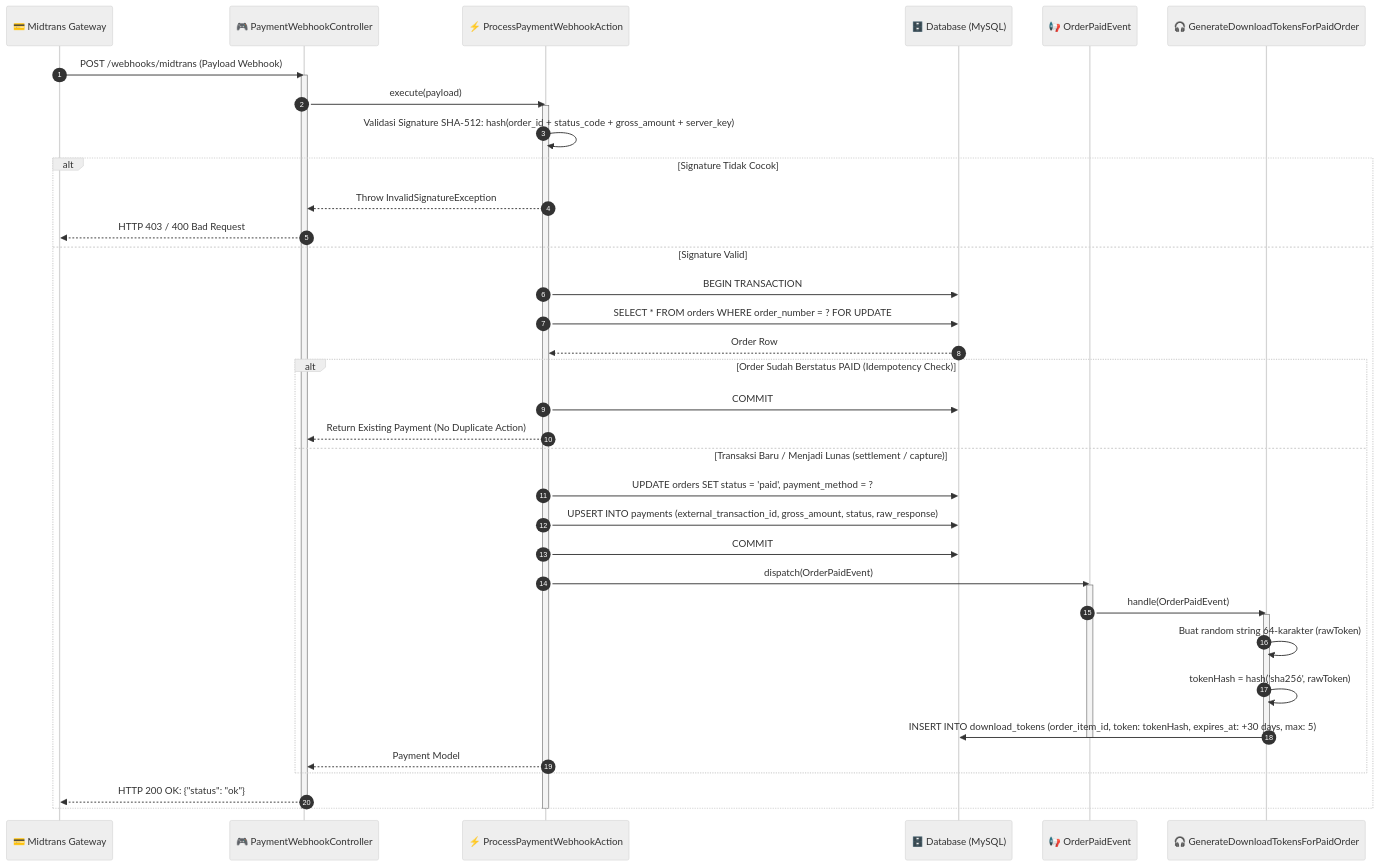
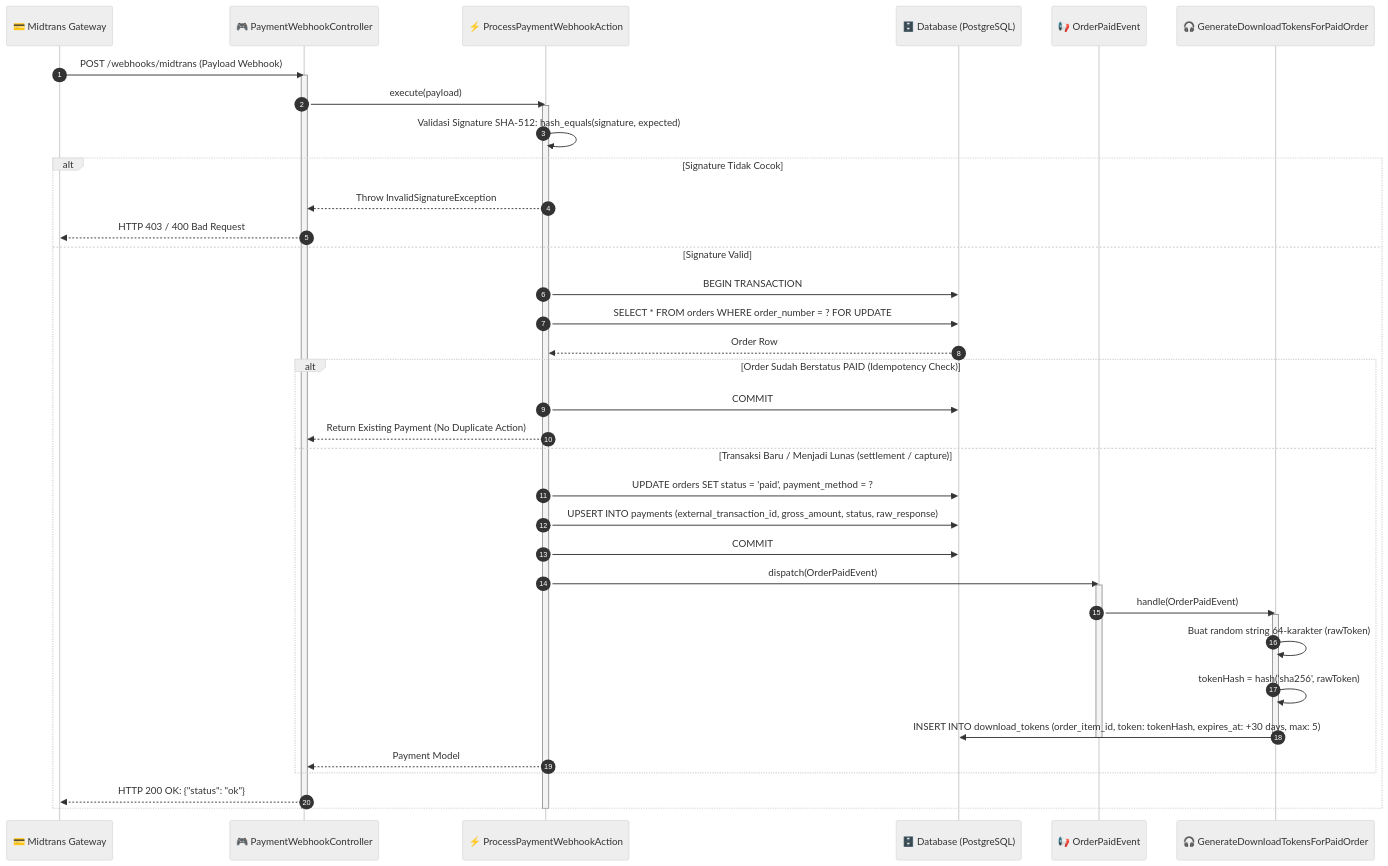
The fifth of 7 diagrams in Architecture.md (MasRizqi07/harisenin-bookil-fsd), drawn with Mermaid (neutral theme) before and after one commit. The commit also changed other lines of this file and 8 other files, not shown here.

````diff
--- a/Architecture.md
+++ b/Architecture.md
@@ -250,47 +296,47 @@
 ```mermaid
 sequenceDiagram
     autonumber
     participant Midtrans as 💳 Midtrans Gateway
     participant WebhookCtrl as 🎮 PaymentWebhookController
     participant WebhookAction as ⚡ ProcessPaymentWebhookAction
-    participant DB as 🗄️ Database (MySQL)
+    participant DB as 🗄️ Database (PostgreSQL)
     participant Event as 📢 OrderPaidEvent
     participant Listener as 🎧 GenerateDownloadTokensForPaidOrder
 
     Midtrans->>WebhookCtrl: POST /webhooks/midtrans (Payload Webhook)
     activate WebhookCtrl
     WebhookCtrl->>WebhookAction: execute(payload)
     activate WebhookAction
 
-    WebhookAction->>WebhookAction: Validasi Signature SHA-512: hash(order_id + status_code + gross_amount + server_key)
+    WebhookAction->>WebhookAction: Validasi Signature SHA-512: hash_equals(signature, expected)
     alt Signature Tidak Cocok
         WebhookAction-->>WebhookCtrl: Throw InvalidSignatureException
         WebhookCtrl-->>Midtrans: HTTP 403 / 400 Bad Request
     else Signature Valid
         WebhookAction->>DB: BEGIN TRANSACTION
         WebhookAction->>DB: SELECT * FROM orders WHERE order_number = ? FOR UPDATE
         DB-->>WebhookAction: Order Row
         
         alt Order Sudah Berstatus PAID (Idempotency Check)
             WebhookAction->>DB: COMMIT
             WebhookAction-->>WebhookCtrl: Return Existing Payment (No Duplicate Action)
         else Transaksi Baru / Menjadi Lunas (settlement / capture)
             WebhookAction->>DB: UPDATE orders SET status = 'paid', payment_method = ?
             WebhookAction->>DB: UPSERT INTO payments (external_transaction_id, gross_amount, status, raw_response)
             WebhookAction->>DB: COMMIT
             WebhookAction->>Event: dispatch(OrderPaidEvent)
             activate Event
             Event->>Listener: handle(OrderPaidEvent)
             activate Listener
             Listener->>Listener: Buat random string 64-karakter (rawToken)
             Listener->>Listener: tokenHash = hash('sha256', rawToken)
             Listener->>DB: INSERT INTO download_tokens (order_item_id, token: tokenHash, expires_at: +30 days, max: 5)
             deactivate Listener
             deactivate Event
             WebhookAction-->>WebhookCtrl: Payment Model
         end
         WebhookCtrl-->>Midtrans: HTTP 200 OK: {"status": "ok"}
     end
     deactivate WebhookAction
     deactivate WebhookCtrl
 ```
````
